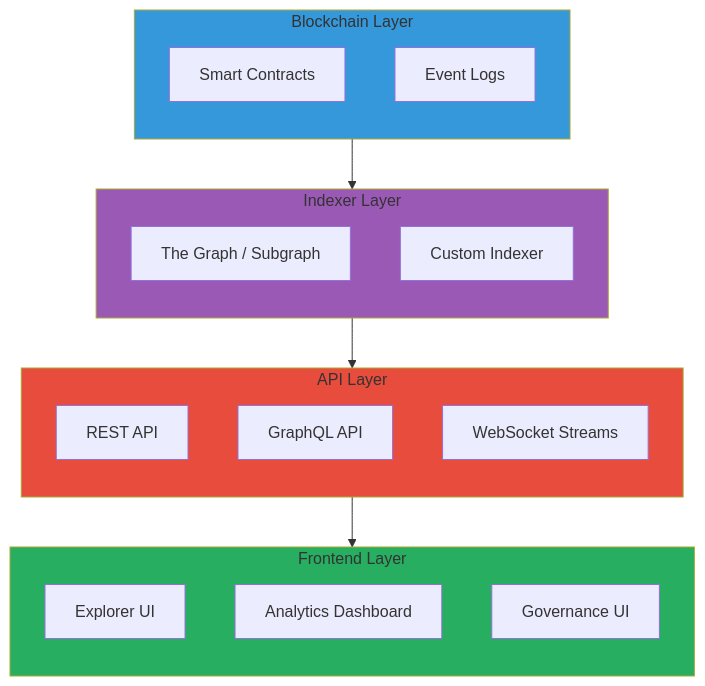
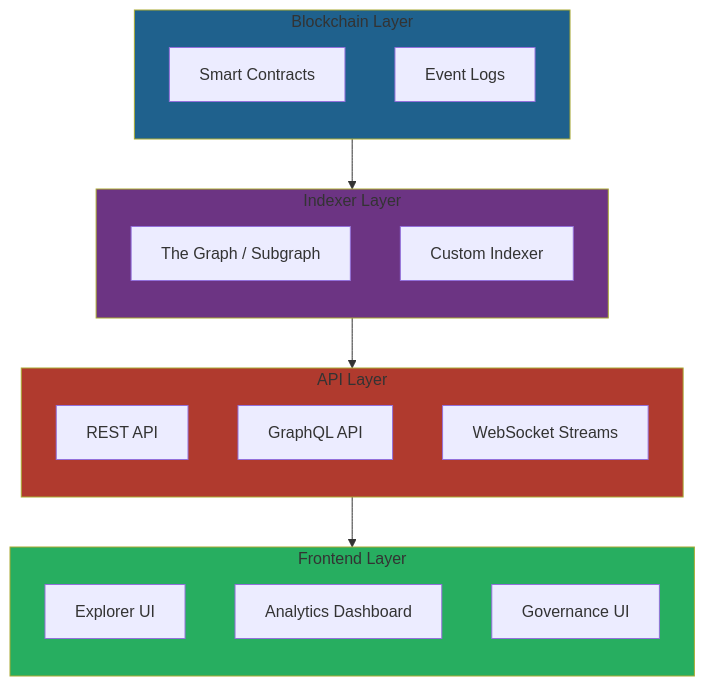
Before and after one commit to CipherOcto/cipherocto: the ninth of 9 diagrams in docs/03-technology/blockchain-integration.md, drawn with Mermaid. The commit also changed other lines of this file and 13 other files, not shown here.

First line of the commit message:
Improve Mermaid diagram accessibility: Fix color contrast

````diff
--- a/docs/03-technology/blockchain-integration.md
+++ b/docs/03-technology/blockchain-integration.md
@@ -451,37 +451,37 @@
 ```mermaid
 graph TB
     subgraph CHAIN["Blockchain Layer"]
         direction TB
         C1[Smart Contracts]
         C2[Event Logs]
     end
 
     subgraph INDEXER["Indexer Layer"]
         direction TB
         I1[The Graph / Subgraph]
         I2[Custom Indexer]
     end
 
     subgraph API["API Layer"]
         direction TB
         A1[REST API]
         A2[GraphQL API]
         A3[WebSocket Streams]
     end
 
     subgraph FRONTEND["Frontend Layer"]
         direction TB
         F1[Explorer UI]
         F2[Analytics Dashboard]
         F3[Governance UI]
     end
 
     CHAIN --> INDEXER
     INDEXER --> API
     API --> FRONTEND
 
-    style CHAIN fill:#3498db
-    style INDEXER fill:#9b59b6
-    style API fill:#e74c3c
+    style CHAIN fill:#1f618d
+    style INDEXER fill:#6c3483
+    style API fill:#b03a2e
     style FRONTEND fill:#27ae60
 ```
````
